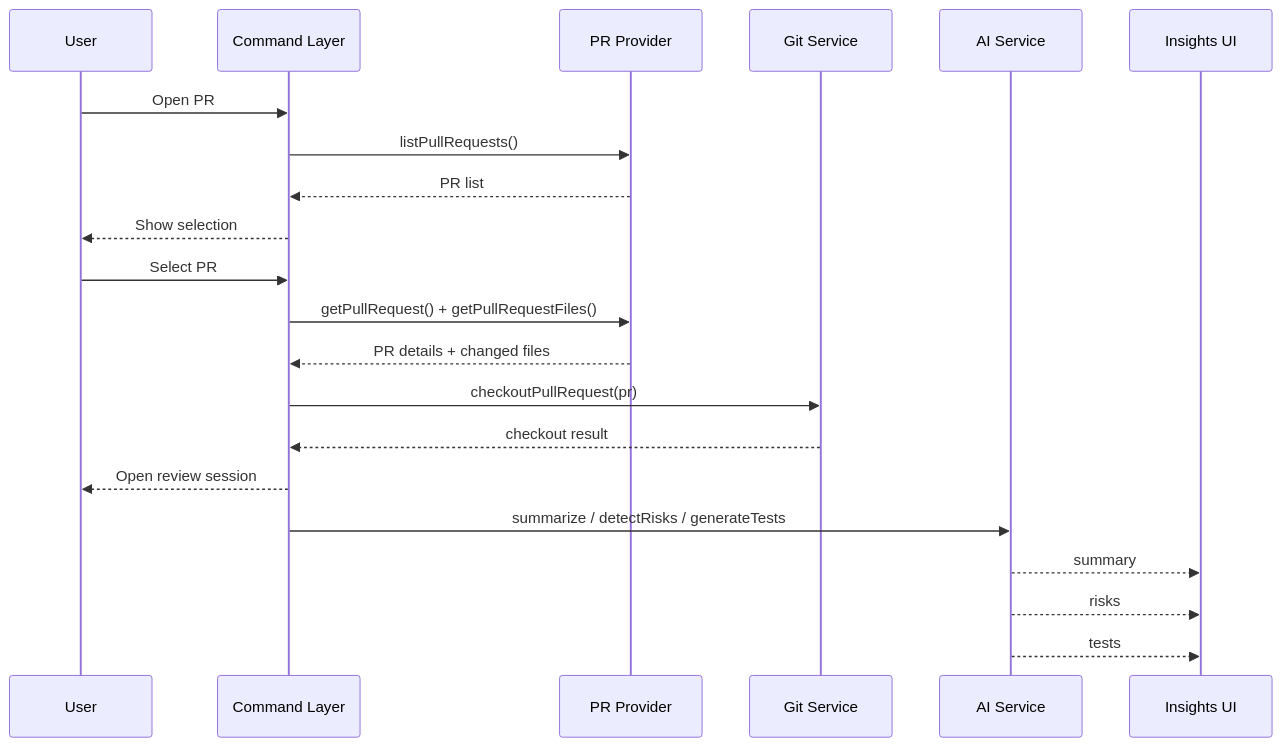
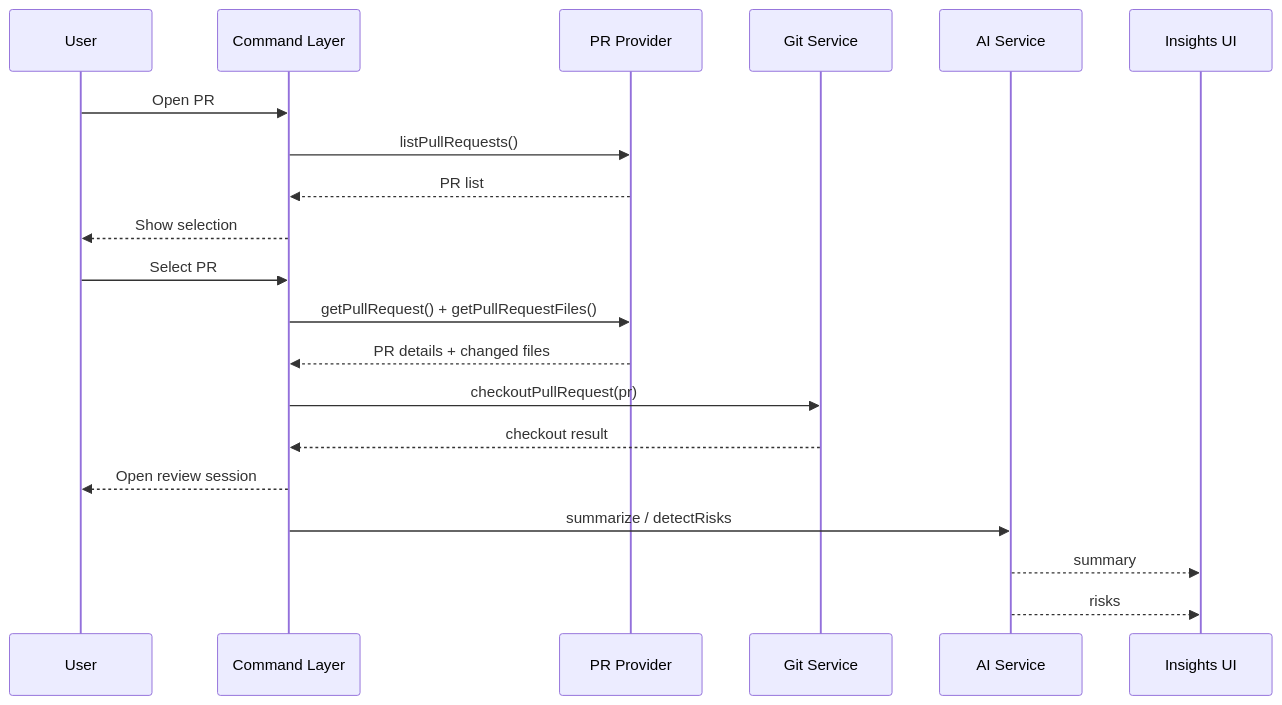
One commit to ATS527/pr-copilot changed the diagram in docs/technical-architecture-v1.md. Above: the diagram before and after it, drawn with Mermaid. The commit also changed other lines of this file and 6 other files, not shown here.

````diff
--- a/docs/technical-architecture-v1.md
+++ b/docs/technical-architecture-v1.md
@@ -302,24 +294,23 @@
 ```mermaid
 sequenceDiagram
     participant U as User
     participant C as Command Layer
     participant P as PR Provider
     participant G as Git Service
     participant A as AI Service
     participant UI as Insights UI
 
     U->>C: Open PR
     C->>P: listPullRequests()
     P-->>C: PR list
     C-->>U: Show selection
     U->>C: Select PR
     C->>P: getPullRequest() + getPullRequestFiles()
     P-->>C: PR details + changed files
     C->>G: checkoutPullRequest(pr)
     G-->>C: checkout result
     C-->>U: Open review session
-    C->>A: summarize / detectRisks / generateTests
+    C->>A: summarize / detectRisks
     A-->>UI: summary
     A-->>UI: risks
-    A-->>UI: tests
 ```
````
